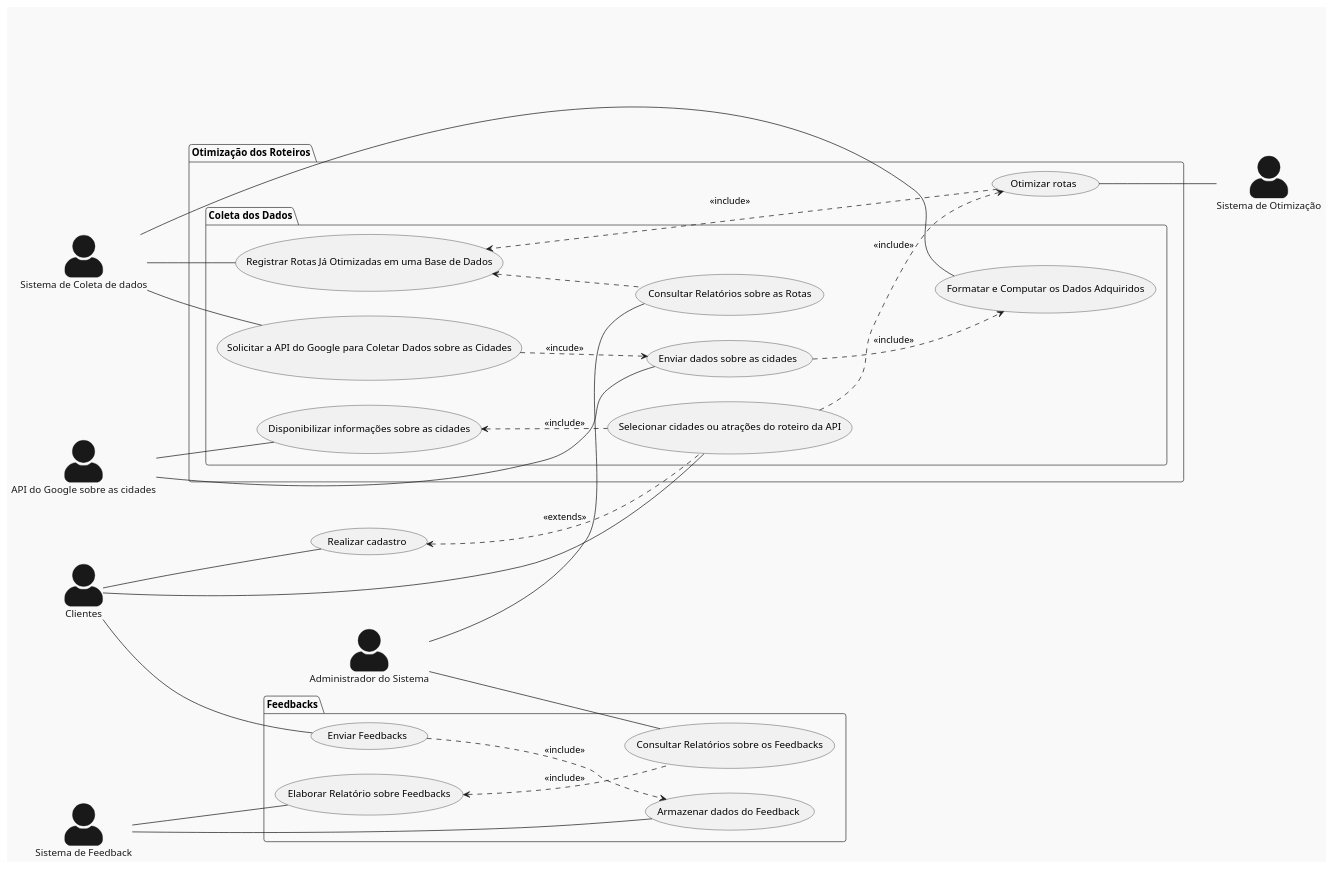
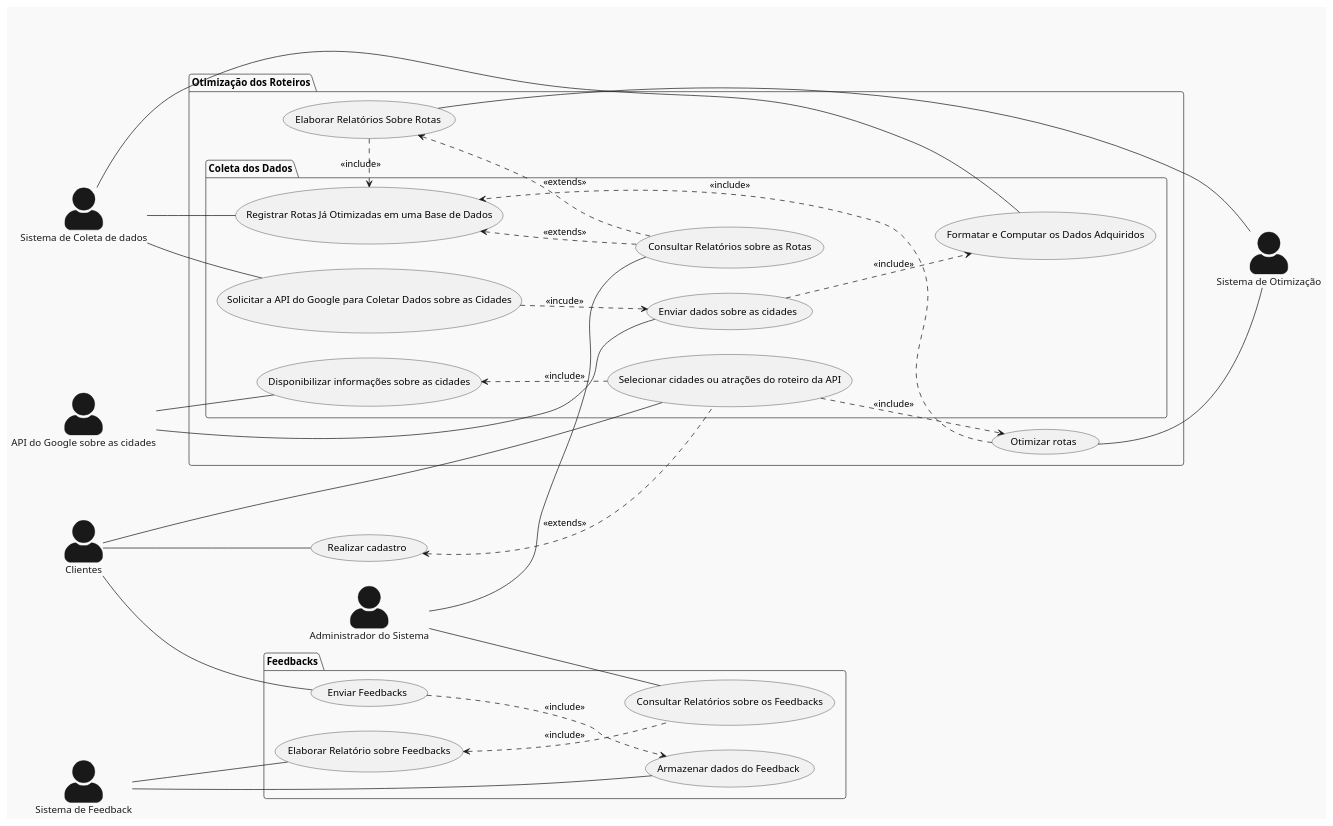
Before and after one commit to pedrodilallo/site_turismo_SIG: the diagram in Relatório/Semana-1/Diagramas/DCU.md, drawn with PlantUML. The commit also changed 1 other file, not shown here.

Commit message:
Mais correções DCU

```diff
--- a/Relatório/Semana-1/Diagramas/DCU.md
+++ b/Relatório/Semana-1/Diagramas/DCU.md
@@ -1,68 +1,69 @@
 @startuml
 skinparam actorStyle awesome
 !theme mars
 left to right direction
 
 actor "Clientes" as cliente
 actor "API do Google sobre as cidades" as API
 actor "Sistema de Otimização" as  otimizador
 actor "Administrador do Sistema" as sys_admin
 actor "Sistema de Feedback" as feedback
 actor "Sistema de Coleta de dados" as coletador
 
 cliente -- (Realizar cadastro)
 
 
 
 
 package "Otimização dos Roteiros"{
 
 
 (Otimizar rotas) -- otimizador 
 
     package "Coleta dos Dados"{
         cliente -- (Selecionar cidades ou atrações do roteiro da API)
         (Selecionar cidades ou atrações do roteiro da API) ..> (Otimizar rotas): <<include>>
         (Solicitar a API do Google para Coletar Dados sobre as Cidades) ..> (Enviar dados sobre as cidades) : <<incude>>
         coletador -- (Solicitar a API do Google para Coletar Dados sobre as Cidades)
         coletador -- (Registrar Rotas Já Otimizadas em uma Base de Dados)
         coletador -- (Formatar e Computar os Dados Adquiridos)
         API -- (Enviar dados sobre as cidades)
         API -- (Disponibilizar informações sobre as cidades)
         (Disponibilizar informações sobre as cidades) <.. (Selecionar cidades ou atrações do roteiro da API) : <<include>>
         (Otimizar rotas) ..> (Registrar Rotas Já Otimizadas em uma Base de Dados) : <<include>>
-        (Registrar Rotas Já Otimizadas em uma Base de Dados) <.. (Consultar Relatórios sobre as Rotas)
+        (Registrar Rotas Já Otimizadas em uma Base de Dados) <.. (Consultar Relatórios sobre as Rotas) : <<extends>>
 
     }
-
-
+(Registrar Rotas Já Otimizadas em uma Base de Dados) <.. (Elaborar Relatórios Sobre Rotas):<<include>>
+(Elaborar Relatórios Sobre Rotas) <.. (Consultar Relatórios sobre as Rotas): <<extends>> 
+(Elaborar Relatórios Sobre Rotas) -- otimizador
 
 }
 
 
 
 sys_admin -- (Consultar Relatórios sobre as Rotas)
 
 
 
 
 (Realizar cadastro) <.. (Selecionar cidades ou atrações do roteiro da API) : <<extends>>
 (Enviar dados sobre as cidades) ..> (Formatar e Computar os Dados Adquiridos) : <<include>>
 
 
 package "Feedbacks"{
 
 (Enviar Feedbacks) ..> (Armazenar dados do Feedback) : <<include>>
 (Elaborar Relatório sobre Feedbacks) <.. (Consultar Relatórios sobre os Feedbacks) : <<include>>
 cliente -- (Enviar Feedbacks)
 feedback -- (Armazenar dados do Feedback)
 sys_admin -- (Consultar Relatórios sobre os Feedbacks)  
 feedback -- (Elaborar Relatório sobre Feedbacks)
 
 
 
 }
 
 
 
 @enduml
```
